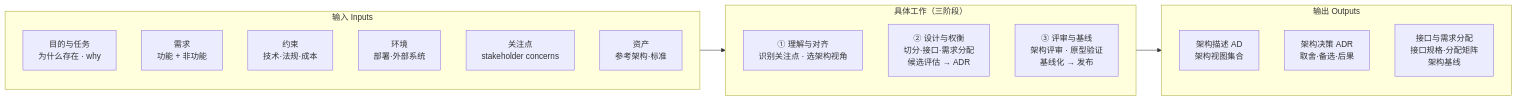
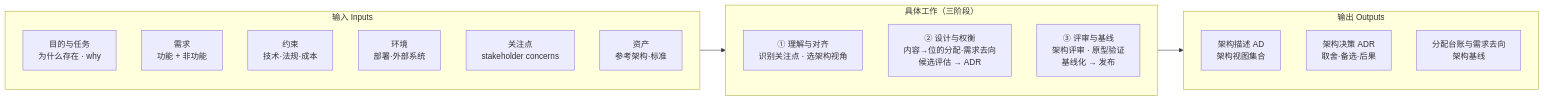
One commit to Yongjunzhou/business-Engineering changed the third of 11 diagrams in 10-系统工程研究/00-系统工程相关研究报告/10-架构设计方法论全景研究报告.md. Above: the diagram before and after it, drawn with Mermaid. The commit also changed other lines of this file and 30 other files, not shown here.

````diff
--- a/10-系统工程研究/00-系统工程相关研究报告/10-架构设计方法论全景研究报告.md
+++ b/10-系统工程研究/00-系统工程相关研究报告/10-架构设计方法论全景研究报告.md
@@ -282,22 +297,22 @@
 ```mermaid
 flowchart LR
     subgraph IN["输入 Inputs"]
         I0[目的与任务<br/>为什么存在 · why]
         I1[需求<br/>功能 + 非功能]
         I2[约束<br/>技术·法规·成本]
         I3[环境<br/>部署·外部系统]
         I4[关注点<br/>stakeholder concerns]
         I5[资产<br/>参考架构·标准]
     end
     subgraph WORK["具体工作（三阶段）"]
         W1[① 理解与对齐<br/>识别关注点 · 选架构视角]
-        W2[② 设计与权衡<br/>切分·接口·需求分配<br/>候选评估 → ADR]
+        W2[② 设计与权衡<br/>内容→位的分配·需求去向<br/>候选评估 → ADR]
         W3[③ 评审与基线<br/>架构评审 · 原型验证<br/>基线化 → 发布]
     end
     subgraph OUT["输出 Outputs"]
         O1[架构描述 AD<br/>架构视图集合]
         O2[架构决策 ADR<br/>取舍·备选·后果]
-        O3[接口与需求分配<br/>接口规格·分配矩阵<br/>架构基线]
+        O3[分配台账与需求去向<br/>架构基线]
     end
     IN --> WORK --> OUT
 ```
````
